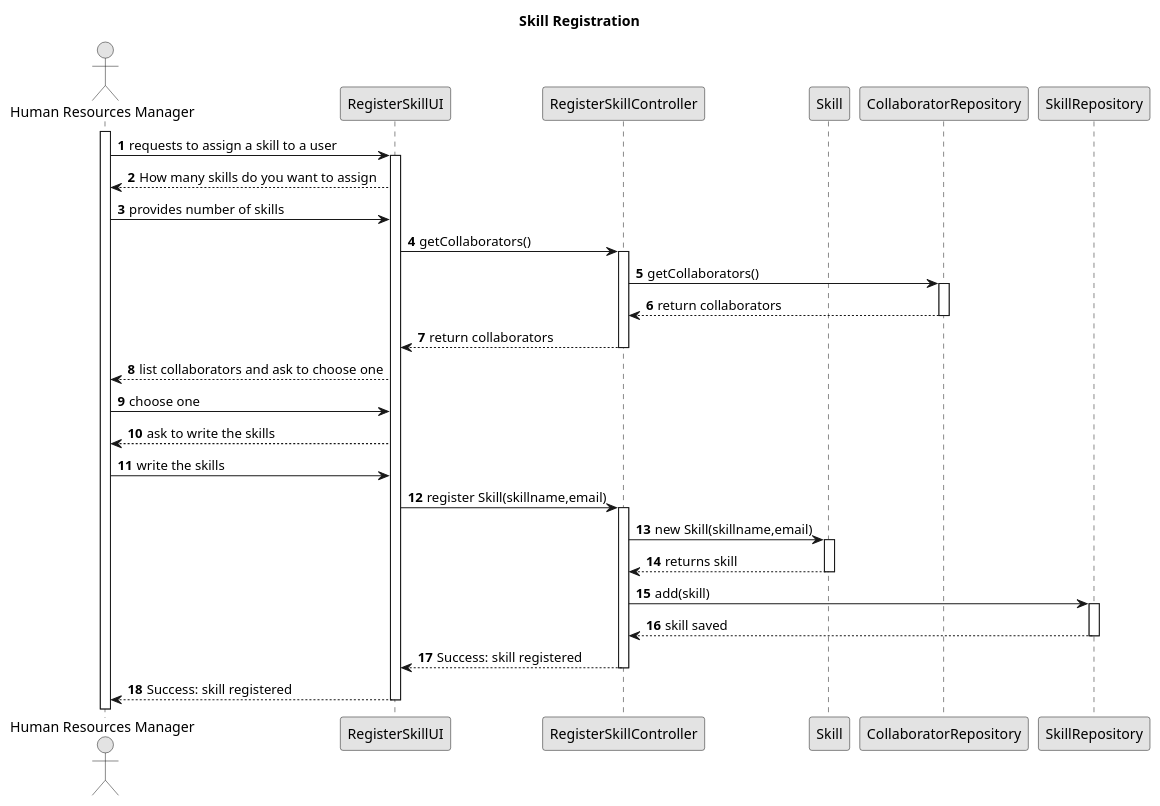
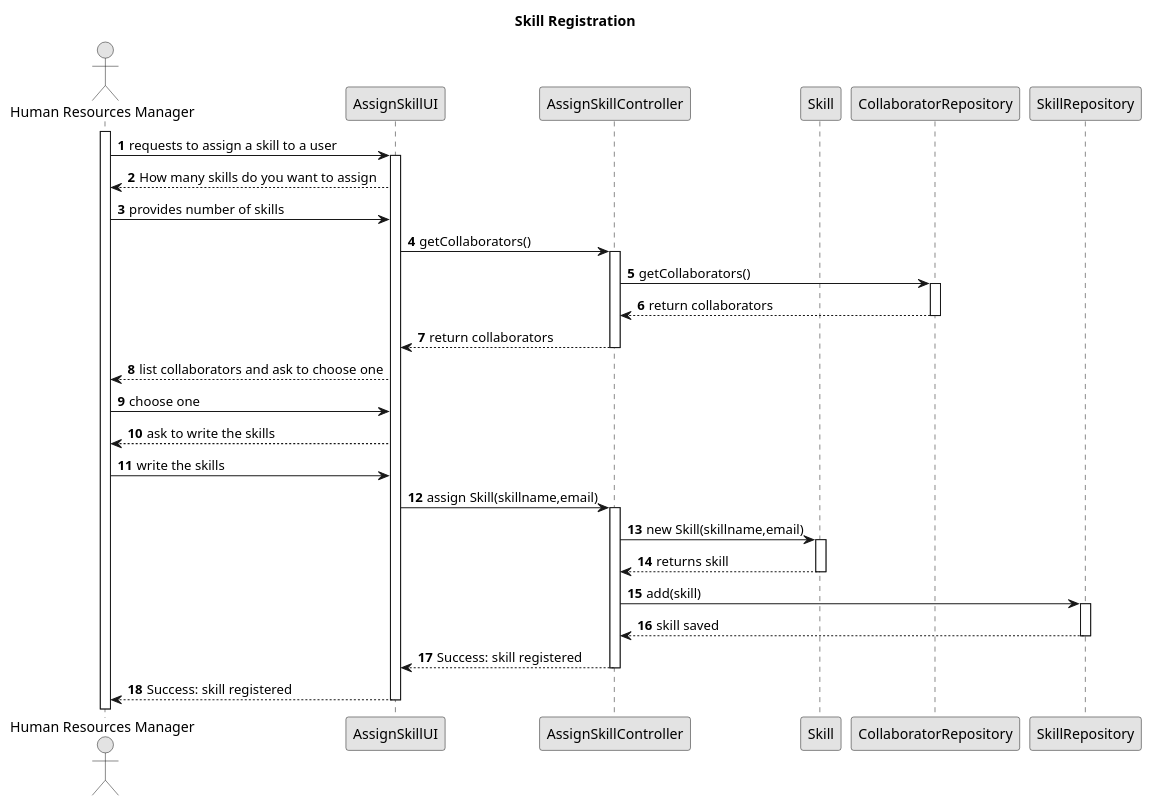
One commit to 1231635-Amorim/UrbanParkitekts changed the diagram in docs/sprintB/us004/03.design/puml/us004-sequence-diagram.puml. Above: the diagram before and after it, drawn with PlantUML. The commit also changed 3 other files, not shown here.

```diff
--- a/docs/sprintB/us004/03.design/puml/us004-sequence-diagram.puml
+++ b/docs/sprintB/us004/03.design/puml/us004-sequence-diagram.puml
@@ -1,52 +1,52 @@
 @startuml
 skinparam monochrome true
 skinparam packageStyle rectangle
 skinparam shadowing false
 
 autonumber
 
 title Skill Registration
 
 actor "Human Resources Manager" as HRManager
-participant "RegisterSkillUI" as UI
-participant "RegisterSkillController" as Controller
+participant "AssignSkillUI" as UI
+participant "AssignSkillController" as Controller
 participant "Skill" as Skill
 participant "CollaboratorRepository" as Repo
 participant "SkillRepository" as RepoSkill
 
 activate HRManager
 HRManager -> UI: requests to assign a skill to a user
 activate UI
 
 UI --> HRManager: How many skills do you want to assign
 HRManager -> UI: provides number of skills
 UI -> Controller: getCollaborators()
 activate Controller
 Controller -> Repo: getCollaborators()
 activate Repo
 
 Repo --> Controller: return collaborators
 deactivate Repo
 Controller --> UI: return collaborators
 deactivate Controller
 
 UI --> HRManager: list collaborators and ask to choose one
 HRManager -> UI: choose one
 UI --> HRManager: ask to write the skills
 HRManager -> UI: write the skills
-UI -> Controller: register Skill(skillname,email)
+UI -> Controller: assign Skill(skillname,email)
 activate Controller
 Controller -> Skill: new Skill(skillname,email)
 activate Skill
 Skill --> Controller: returns skill
 deactivate Skill
 Controller -> RepoSkill: add(skill)
 activate RepoSkill
 RepoSkill --> Controller: skill saved
 deactivate RepoSkill
 Controller --> UI: Success: skill registered
 deactivate Controller
 UI --> HRManager: Success: skill registered
 deactivate UI
 
 @enduml
```
